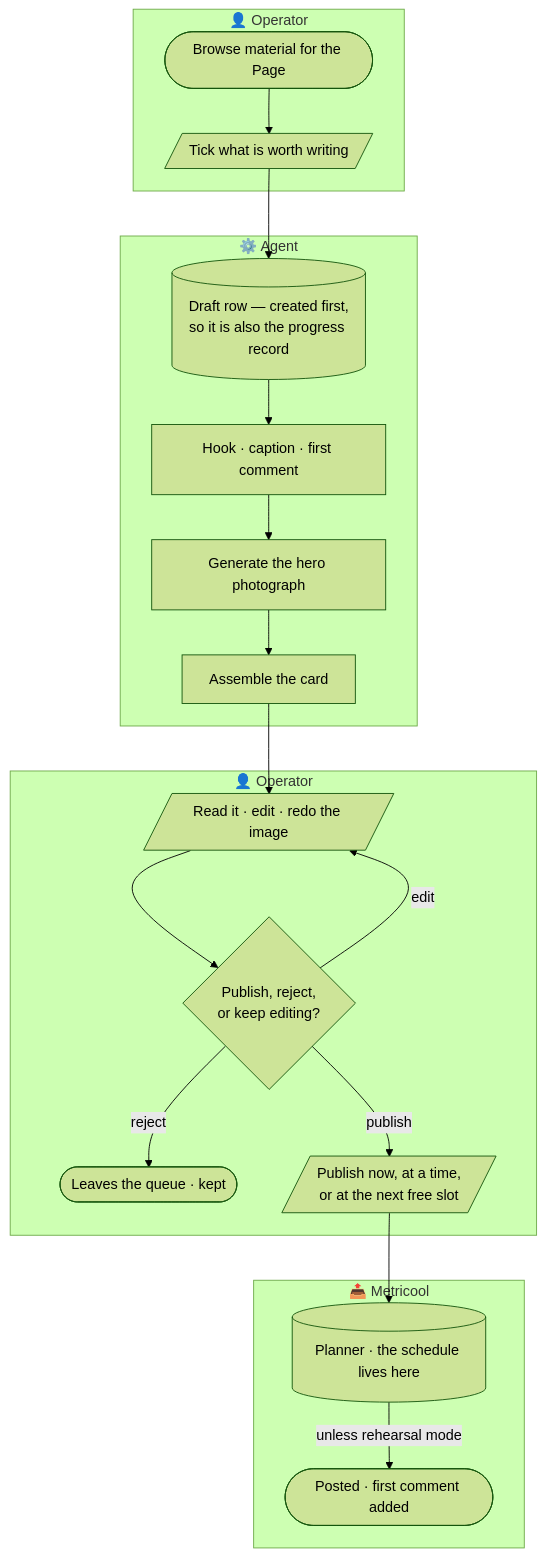
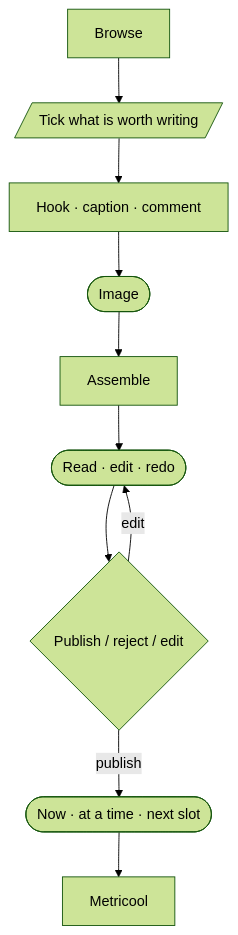
The second of 4 diagrams in README.md (nauqh/fb-agent), drawn with Mermaid (forest theme) before and after one commit. The commit also changed other lines of this file, not shown here.

````diff
--- a/README.md
+++ b/README.md
@@ -96,26 +87,8 @@
 ```mermaid
 flowchart TD
-    subgraph collect ["👤 Operator"]
-        Browse([Browse material for the Page]) --> Cart[/Tick what is worth writing/]
-    end
-
-    subgraph agent ["⚙️ Agent"]
-        Row[("Draft row — created first,<br/>so it is also the progress record")] --> Write[Hook · caption · first comment]
-        Write --> Hero[Generate the hero photograph] --> Card[Assemble the card]
-    end
-
-    subgraph decide ["👤 Operator"]
-        Read[/Read it · edit · redo the image/] --> Decide{Publish, reject,<br/>or keep editing?}
-        Decide -->|edit| Read
-        Decide -->|reject| Dropped([Leaves the queue · kept])
-        Decide -->|publish| When[/Publish now, at a time,<br/>or at the next free slot/]
-    end
-
-    subgraph out ["📤 Metricool"]
-        Planner[(Planner · the schedule lives here)] -->|unless rehearsal mode| FB([Posted · first comment added])
-    end
-
-    Cart --> Row
-    Card --> Read
-    When --> Planner
+    Browse --> Collect[/Tick what is worth writing/]
+    Collect --> Write[Hook · caption · comment] --> Draw([Image]) --> Assemble
+    Assemble --> Review([Read · edit · redo]) --> Decide{Publish / reject / edit}
+    Decide -->|edit| Review
+    Decide -->|publish| Schedule([Now · at a time · next slot]) --> Metricool
 ```
````
